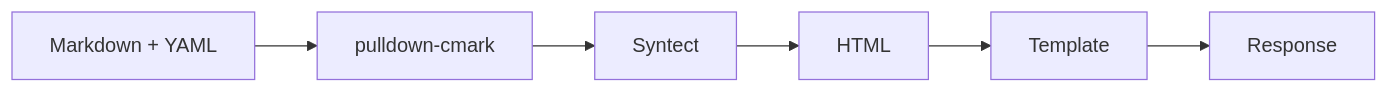
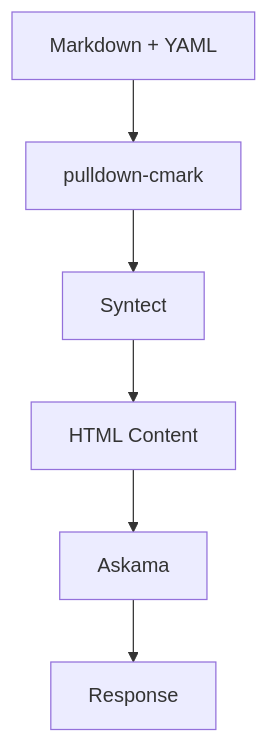
The second of 4 diagrams in content/projects/nebula.md (alnovis/nebula), drawn with Mermaid before and after one commit. The commit also changed other lines of this file and 9 other files, not shown here.

````diff
--- a/content/projects/nebula.md
+++ b/content/projects/nebula.md
@@ -77,15 +55,10 @@
 ```mermaid
-flowchart LR
-    MD["Markdown + YAML"]
-    PC[pulldown-cmark]
-    SY[Syntect]
-    HTML[HTML]
-    TPL[Template]
-    OUT[Response]
+flowchart TD
+    MD[Markdown + YAML]
 
-    MD --> PC
-    PC --> SY
-    SY --> HTML
-    HTML --> TPL
-    TPL --> OUT
+    MD --> PARSE[pulldown-cmark]
+    PARSE --> HIGHLIGHT[Syntect]
+    HIGHLIGHT --> HTML[HTML Content]
+    HTML --> TPL[Askama]
+    TPL --> RESP[Response]
 ```
````
